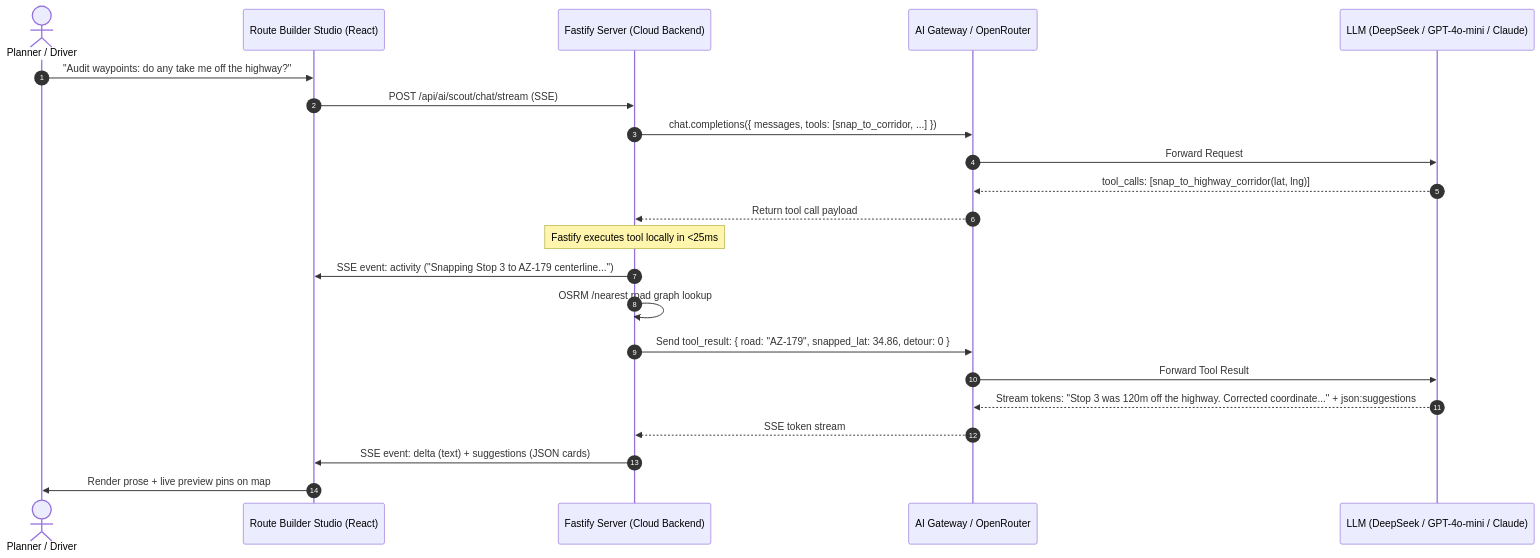
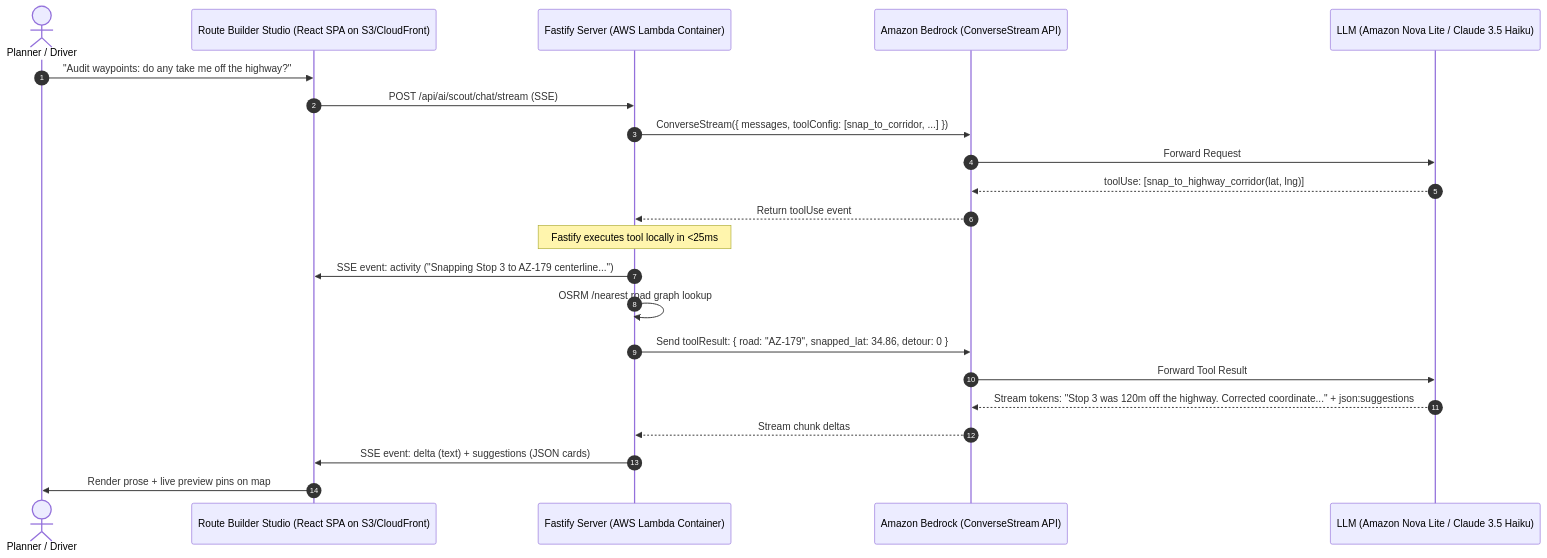
Before and after one commit to ecoonradt/roadtrip-copilot: the second of 6 diagrams in docs/route_scout_cloud_architecture.md, drawn with Mermaid. The commit also changed other lines of this file, not shown here.

Commit message:
docs: modernize cloud architecture with AWS Bedrock frontier models, zero-trust auth, and total cost recovery

````diff
--- a/docs/route_scout_cloud_architecture.md
+++ b/docs/route_scout_cloud_architecture.md
@@ -56,28 +65,28 @@
 ```mermaid
 sequenceDiagram
     autonumber
     actor Driver as Planner / Driver
-    participant Frontend as Route Builder Studio (React)
-    participant Fastify as Fastify Server (Cloud Backend)
-    participant Router as AI Gateway / OpenRouter
-    participant Model as LLM (DeepSeek / GPT-4o-mini / Claude)
+    participant Frontend as Route Builder Studio (React SPA on S3/CloudFront)
+    participant Fastify as Fastify Server (AWS Lambda Container)
+    participant Bedrock as Amazon Bedrock (ConverseStream API)
+    participant Model as LLM (Amazon Nova Lite / Claude 3.5 Haiku)
 
     Driver->>Frontend: "Audit waypoints: do any take me off the highway?"
     Frontend->>Fastify: POST /api/ai/scout/chat/stream (SSE)
-    Fastify->>Router: chat.completions({ messages, tools: [snap_to_corridor, ...] })
-    Router->>Model: Forward Request
-    Model-->>Router: tool_calls: [snap_to_highway_corridor(lat, lng)]
-    Router-->>Fastify: Return tool call payload
+    Fastify->>Bedrock: ConverseStream({ messages, toolConfig: [snap_to_corridor, ...] })
+    Bedrock->>Model: Forward Request
+    Model-->>Bedrock: toolUse: [snap_to_highway_corridor(lat, lng)]
+    Bedrock-->>Fastify: Return toolUse event
     
     Note over Fastify: Fastify executes tool locally in <25ms
     Fastify->>Frontend: SSE event: activity ("Snapping Stop 3 to AZ-179 centerline...")
     Fastify->>Fastify: OSRM /nearest road graph lookup
     
-    Fastify->>Router: Send tool_result: { road: "AZ-179", snapped_lat: 34.86, detour: 0 }
-    Router->>Model: Forward Tool Result
+    Fastify->>Bedrock: Send toolResult: { road: "AZ-179", snapped_lat: 34.86, detour: 0 }
+    Bedrock->>Model: Forward Tool Result
     
-    Model-->>Router: Stream tokens: "Stop 3 was 120m off the highway. Corrected coordinate..." + json:suggestions
-    Router-->>Fastify: SSE token stream
+    Model-->>Bedrock: Stream tokens: "Stop 3 was 120m off the highway. Corrected coordinate..." + json:suggestions
+    Bedrock-->>Fastify: Stream chunk deltas
     Fastify->>Frontend: SSE event: delta (text) + suggestions (JSON cards)
     Frontend->>Driver: Render prose + live preview pins on map
 ```
````
